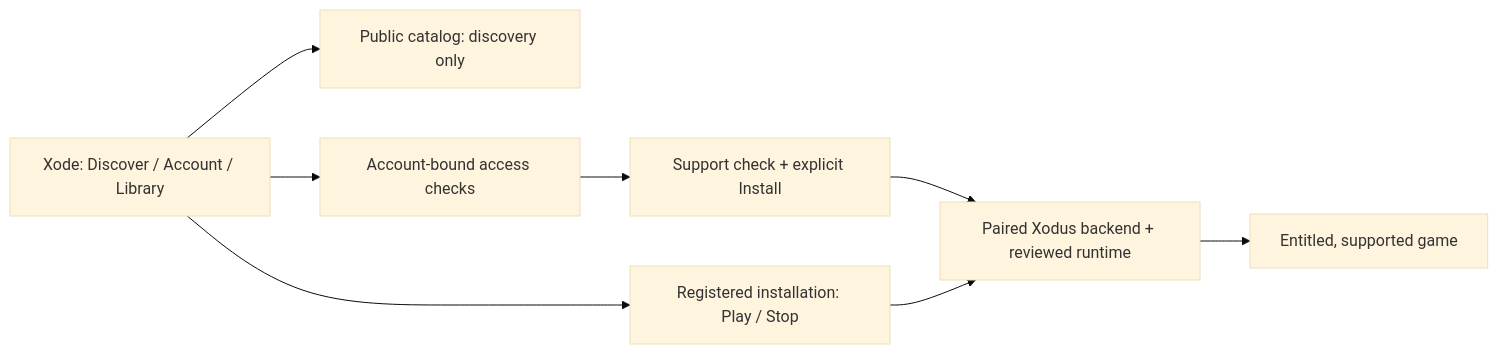
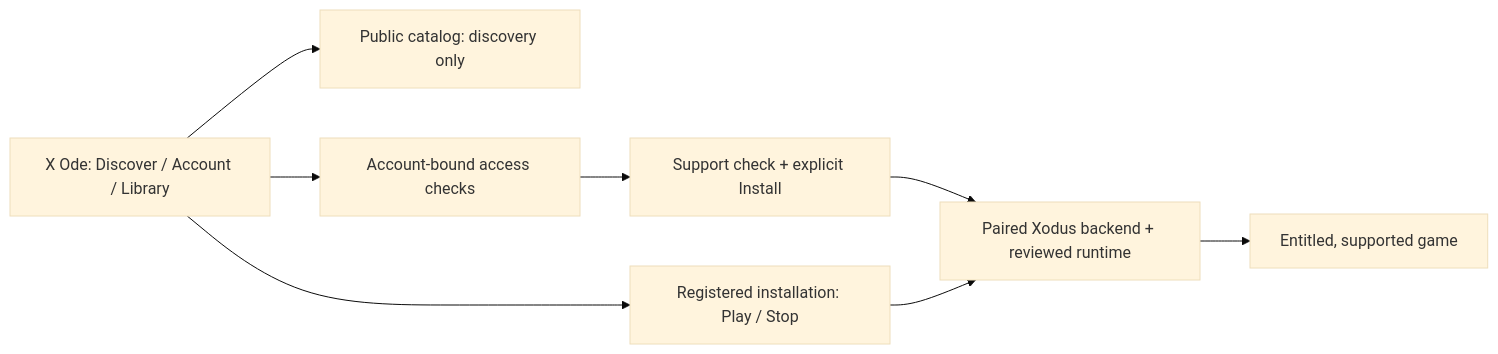
One commit to WorkingPrinciple/xode-ui changed the diagram in README.md. Above: the diagram before and after it, drawn with Mermaid (base theme). The commit also changed other lines of this file and 33 other files, not shown here.

````diff
--- a/README.md
+++ b/README.md
@@ -38,10 +38,10 @@
 ```mermaid
 flowchart LR
-    UI["Xode: Discover / Account / Library"] --> Catalog["Public catalog: discovery only"]
+    UI["X Ode: Discover / Account / Library"] --> Catalog["Public catalog: discovery only"]
     UI --> Access["Account-bound access checks"]
     Access --> Consent["Support check + explicit Install"]
     Consent --> Backend["Paired Xodus backend + reviewed runtime"]
     Backend --> Game["Entitled, supported game"]
     UI --> Registered["Registered installation: Play / Stop"]
     Registered --> Backend
 ```
````
